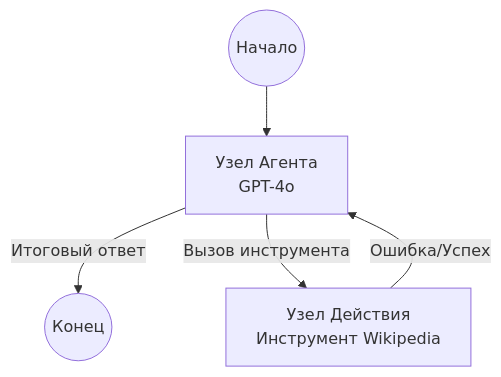
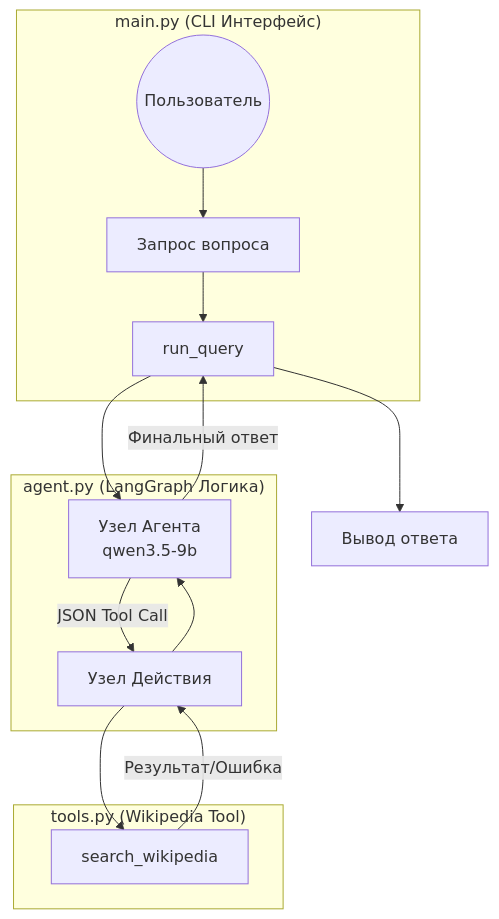
Before and after one commit to vsanyanov-ux/wikipedia-search-agent: the diagram in README.md, drawn with Mermaid. The commit also changed other lines of this file and 1 other file, not shown here.

Commit message:
Update Mermaid diagram and confirm qwen3.5-9b model

````diff
--- a/README.md
+++ b/README.md
@@ -12,7 +12,21 @@
 ```mermaid
 graph TD
-    Start((Начало)) --> Agent[Узел Агента <br/>GPT-4o]
-    Agent -->|Итоговый ответ| End((Конец))
-    Agent -->|Вызов инструмента| Action[Узел Действия <br/>Инструмент Wikipedia]
-    Action -->|Ошибка/Успех| Agent
+    subgraph "main.py (CLI Интерфейс)"
+        User((Пользователь)) --> Input[Запрос вопроса]
+        Input --> Run[run_query]
+    end
+
+    subgraph "agent.py (LangGraph Логика)"
+        Run --> AgentNode[Узел Агента <br/>qwen3.5-9b]
+        AgentNode -->|JSON Tool Call| ActionNode[Узел Действия]
+        ActionNode --> AgentNode
+        AgentNode -->|Финальный ответ| Run
+    end
+
+    subgraph "tools.py (Wikipedia Tool)"
+        ActionNode --> Wiki[search_wikipedia]
+        Wiki -->|Результат/Ошибка| ActionNode
+    end
+
+    Run --> Output[Вывод ответа]
 ```
````
